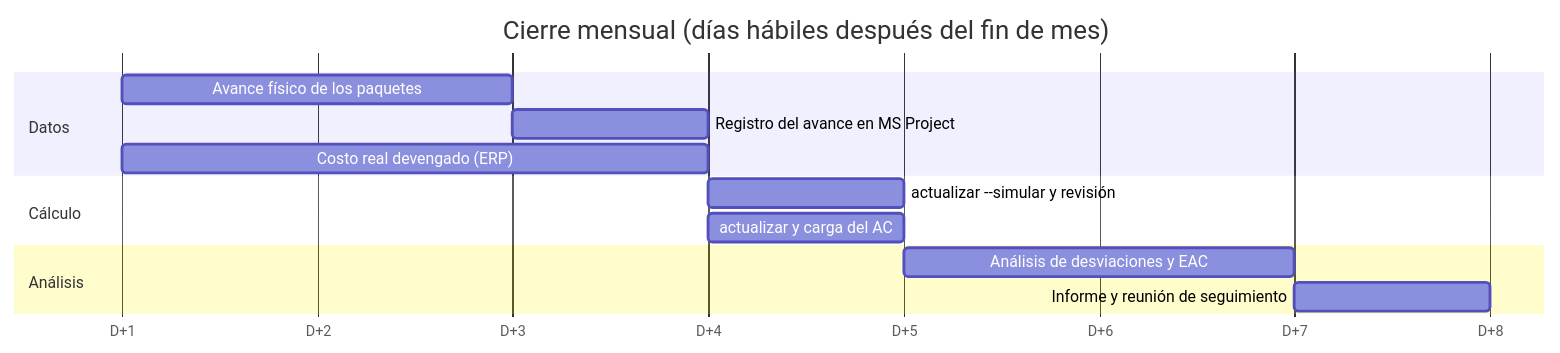
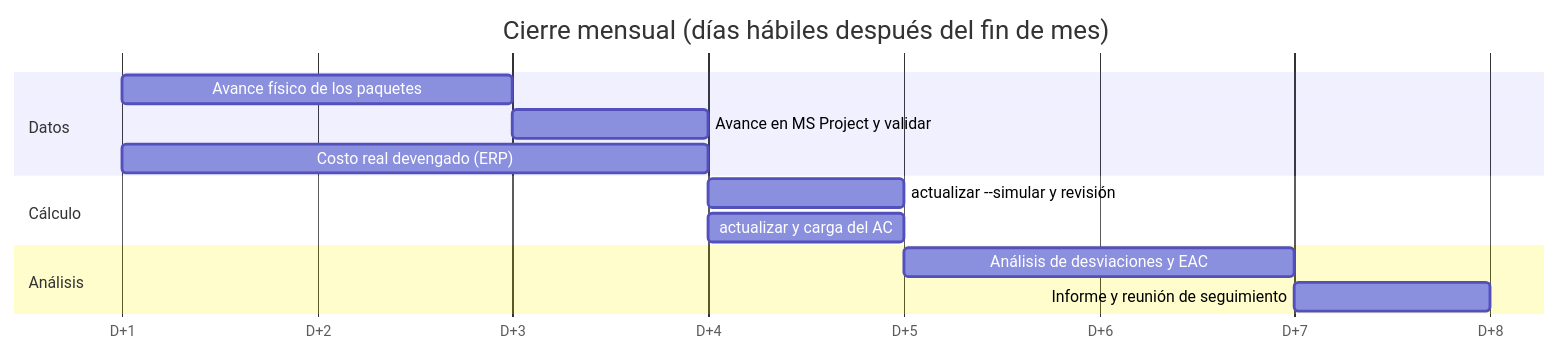
The third of 4 diagrams in docs/proceso-reporte-evm.md (MarceloSalazar/evm-automation), drawn with Mermaid before and after one commit. The commit also changed other lines of this file and 43 other files, not shown here.

````diff
--- a/docs/proceso-reporte-evm.md
+++ b/docs/proceso-reporte-evm.md
@@ -128,17 +131,17 @@
 ```mermaid
 gantt
     title Cierre mensual (días hábiles después del fin de mes)
     dateFormat  YYYY-MM-DD
     axisFormat  D+%-d
     tickInterval 1day
     section Datos
     Avance físico de los paquetes         :a1, 2026-02-01, 2d
-    Registro del avance en MS Project     :a2, after a1, 1d
+    Avance en MS Project y validar        :a2, after a1, 1d
     Costo real devengado (ERP)            :a3, 2026-02-01, 3d
     section Cálculo
     actualizar --simular y revisión       :b1, after a2, 1d
     actualizar y carga del AC             :b2, after a3, 1d
     section Análisis
     Análisis de desviaciones y EAC        :c1, after b2, 2d
     Informe y reunión de seguimiento      :c2, after c1, 1d
 ```
````
